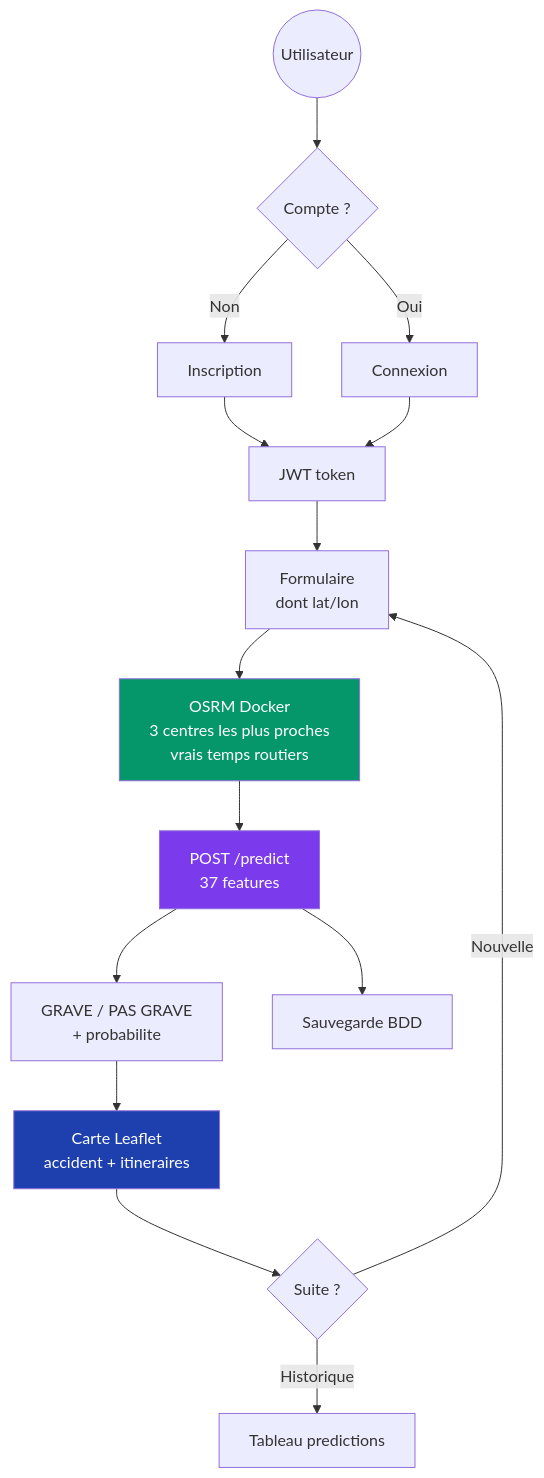
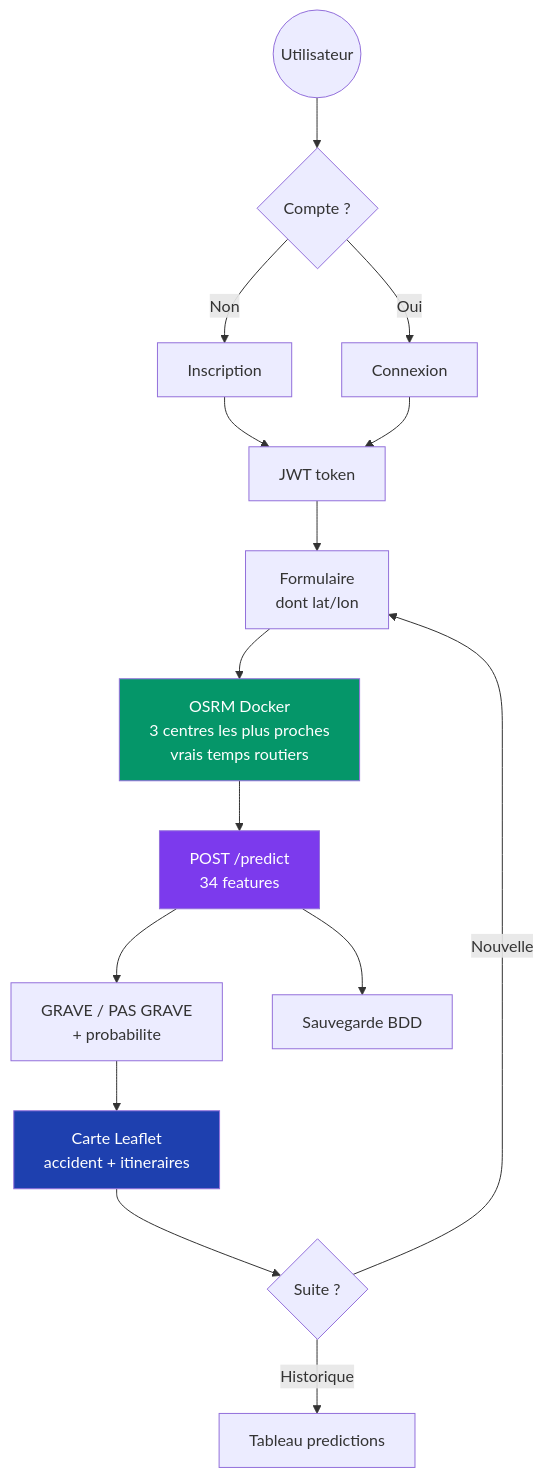
Before and after one commit to Meriem69/Routezone: the third of 6 diagrams in README.md, drawn with Mermaid. The commit also changed other lines of this file, not shown here.

````diff
--- a/README.md
+++ b/README.md
@@ -115,22 +115,22 @@
 ```mermaid
 flowchart TB
     START(("Utilisateur")) --> LOGIN{"Compte ?"}
     LOGIN -- Non --> REGISTER["Inscription"]
     LOGIN -- Oui --> SIGNIN["Connexion"]
     REGISTER & SIGNIN --> JWT["JWT token"]
 
     JWT --> FORM["Formulaire<br/>dont lat/lon"]
     FORM --> OSRM["OSRM Docker<br/>3 centres les plus proches<br/>vrais temps routiers"]
-    OSRM --> PREDICT["POST /predict<br/>37 features"]
+    OSRM --> PREDICT["POST /predict<br/>34 features"]
     PREDICT --> RESULT["GRAVE / PAS GRAVE<br/>+ probabilite"]
     RESULT --> CARTE["Carte Leaflet<br/>accident + itineraires"]
     PREDICT --> SAVE["Sauvegarde BDD"]
 
     CARTE --> NEXT{"Suite ?"}
     NEXT -- Historique --> TABLE["Tableau predictions"]
     NEXT -- Nouvelle --> FORM
 
     style OSRM fill:#059669,color:#fff
     style PREDICT fill:#7c3aed,color:#fff
     style CARTE fill:#1e40af,color:#fff
 ```
````
